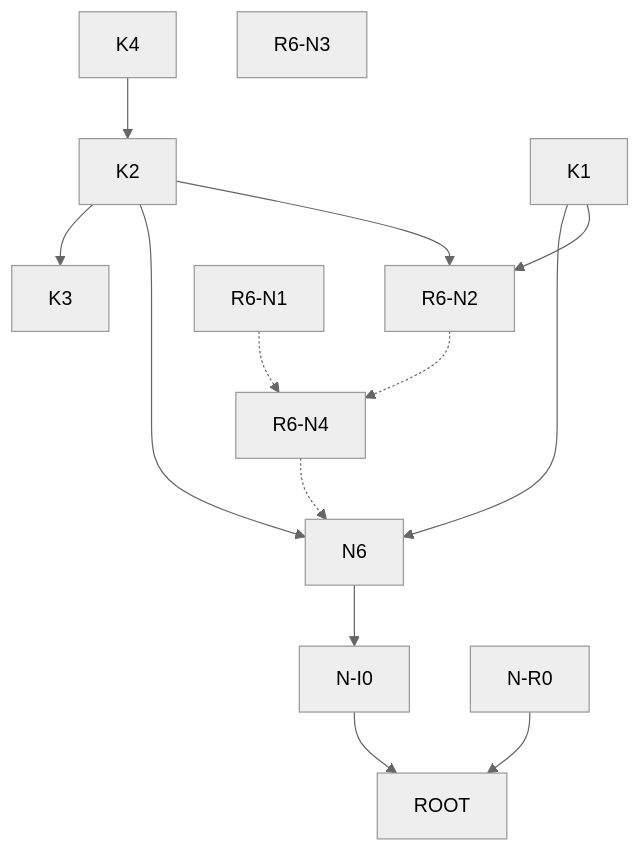
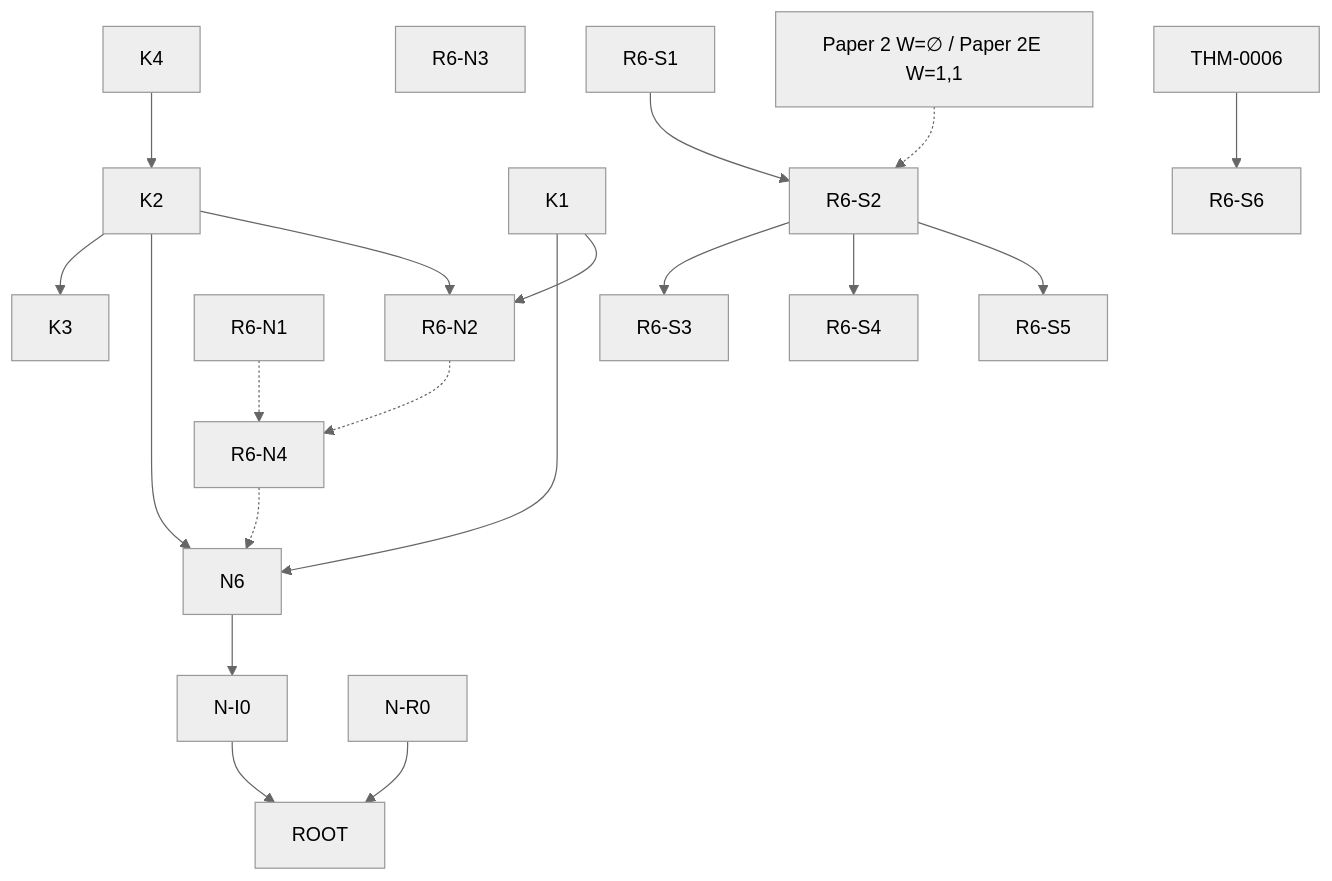
One commit to Kisketch/epi-work-complete changed the diagram in PLAN_GRAPH.md. Above: the diagram before and after it, drawn with Mermaid (neutral theme). The commit also changed other lines of this file and 3 other files, not shown here.

````diff
--- a/PLAN_GRAPH.md
+++ b/PLAN_GRAPH.md
@@ -90,16 +163,22 @@
 ```mermaid
 graph TD
   K4 --> K2
   K2 --> K3
   K1 --> N6
   K2 --> N6
   N6 --> N-I0
   N-I0 --> ROOT
   N-R0 --> ROOT
   K1 --> R6-N2
   K2 --> R6-N2
   R6-N1 -.-> R6-N4
   R6-N2 -.-> R6-N4
   R6-N4 -.-> N6
   R6-N3
+  R6-S1 --> R6-S2
+  R6-S2 --> R6-S3
+  R6-S2 --> R6-S4
+  R6-S2 --> R6-S5
+  CAL[Paper 2 W=∅ / Paper 2E W=1,1] -.-> R6-S2
+  THM0006[THM-0006] --> R6-S6
 ```
````
